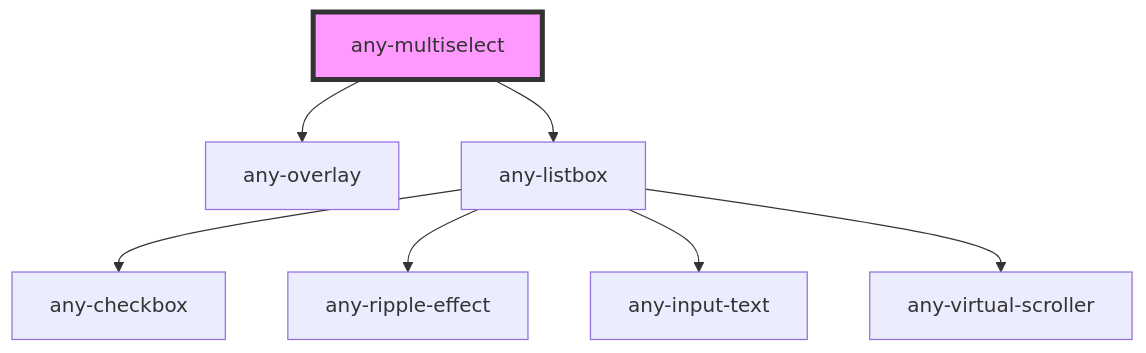
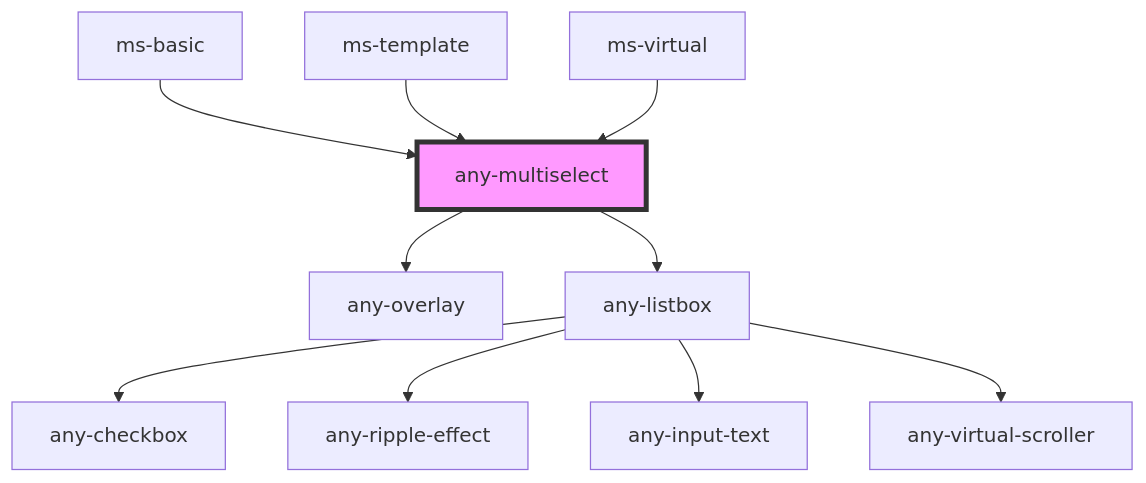
Before and after one commit to adaleks/anywhere-ui: the diagram in packages/core/src/components/multiselect/readme.md, drawn with Mermaid. The commit also changed other lines of this file and 145 other files, not shown here.

````diff
--- a/packages/core/src/components/multiselect/readme.md
+++ b/packages/core/src/components/multiselect/readme.md
@@ -81,10 +87,13 @@
 ```mermaid
 graph TD;
   any-multiselect --> any-overlay
   any-multiselect --> any-listbox
   any-listbox --> any-checkbox
   any-listbox --> any-ripple-effect
   any-listbox --> any-input-text
   any-listbox --> any-virtual-scroller
+  ms-basic --> any-multiselect
+  ms-template --> any-multiselect
+  ms-virtual --> any-multiselect
   style any-multiselect fill:#f9f,stroke:#333,stroke-width:4px
 ```
````
